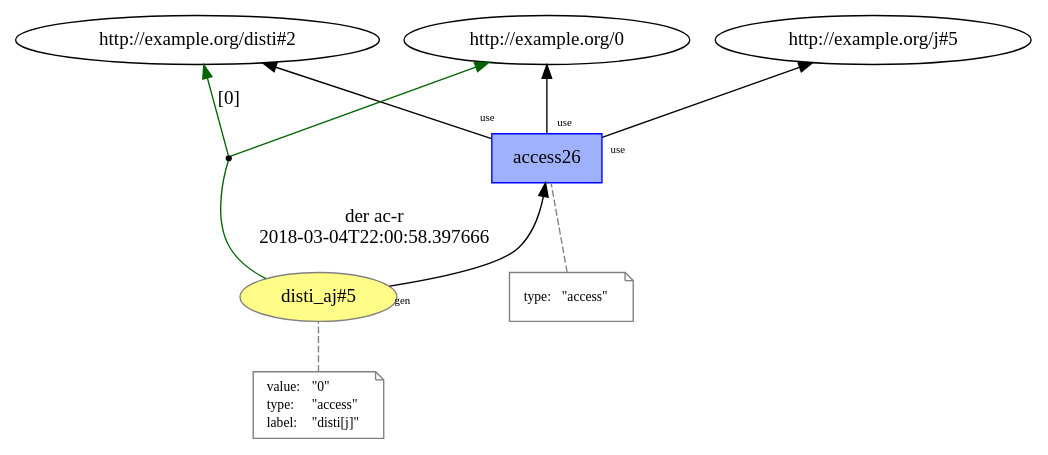
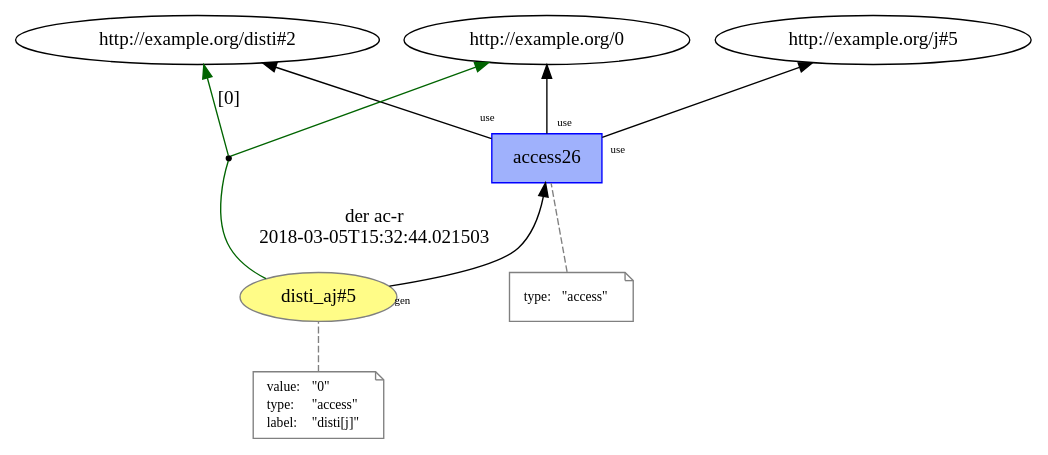
Before and after one commit to dew-uff/versioned-prov: the diagram in images/intertwined_prov/temp/L15__access_5.dot, drawn with Graphviz. The commit also changed 1735 other files, not shown here.

```diff
--- a/images/intertwined_prov/temp/L15__access_5.dot
+++ b/images/intertwined_prov/temp/L15__access_5.dot
@@ -1,35 +1,35 @@
 digraph "PROV" { size="16,12"; rankdir="BT";
 "http://example.org/disti_aj#5" [fillcolor="#FFFC87",color="#808080",style="filled",label="disti_aj#5",URL="http://example.org/disti_aj#5"]
 "-attrs0" [color="gray",shape="note",fontsize="10",fontcolor="black",label=<<TABLE cellpadding="0" border="0">
 	<TR>
 	    <TD align="left">value:</TD>
 	    <TD align="left">&quot;0&quot;</TD>
 	</TR>
 	<TR>
 	    <TD align="left">type:</TD>
 	    <TD align="left">&quot;access&quot;</TD>
 	</TR>
 	<TR>
 	    <TD align="left">label:</TD>
 	    <TD align="left">&quot;disti[j]&quot;</TD>
 	</TR>
 </TABLE>>]
 "-attrs0" -> "http://example.org/disti_aj#5" [color="gray",style="dashed",arrowhead="none"]
 "http://example.org/access26" [fillcolor="#9FB1FC",color="#0000FF",shape="polygon",sides="4",style="filled",label="access26",URL="http://example.org/access26"]
 "-attrs1" [color="gray",shape="note",fontsize="10",fontcolor="black",label=<<TABLE cellpadding="0" border="0">
 	<TR>
 	    <TD align="left">type:</TD>
 	    <TD align="left">&quot;access&quot;</TD>
 	</TR>
 </TABLE>>]
 "-attrs1" -> "http://example.org/access26" [color="gray",style="dashed",arrowhead="none"]
 "http://example.org/access26" -> "http://example.org/0" [labelfontsize="8",labeldistance="1.5",labelangle="60.0",rotation="20",taillabel="use"]
 "bn0" [shape="point",label=""]
-"http://example.org/disti_aj#5" -> "bn0" [arrowhead="none",color="darkgreen",label="der ac-r
-2018-03-04T22:00:58.397666"]
+"http://example.org/disti_aj#5" -> "bn0" [arrowhead="none",label="der ac-r
+2018-03-05T15:32:44.021503",color="darkgreen"]
 "bn0" -> "http://example.org/disti#2" [labelfontsize="8",labeldistance="1.5",color="darkgreen",labelangle="60.0",rotation="20",label="[0]"]
 "bn0" -> "http://example.org/0" [color="darkgreen"]
 "http://example.org/disti_aj#5" -> "http://example.org/access26" [labelfontsize="8",labeldistance="1.5",labelangle="60.0",rotation="20",taillabel="gen"]
 "http://example.org/access26" -> "http://example.org/disti#2" [labelfontsize="8",labeldistance="1.5",labelangle="60.0",rotation="20",taillabel="use"]
 "http://example.org/access26" -> "http://example.org/j#5" [labelfontsize="8",labeldistance="1.5",labelangle="60.0",rotation="20",taillabel="use"]
 }
```
